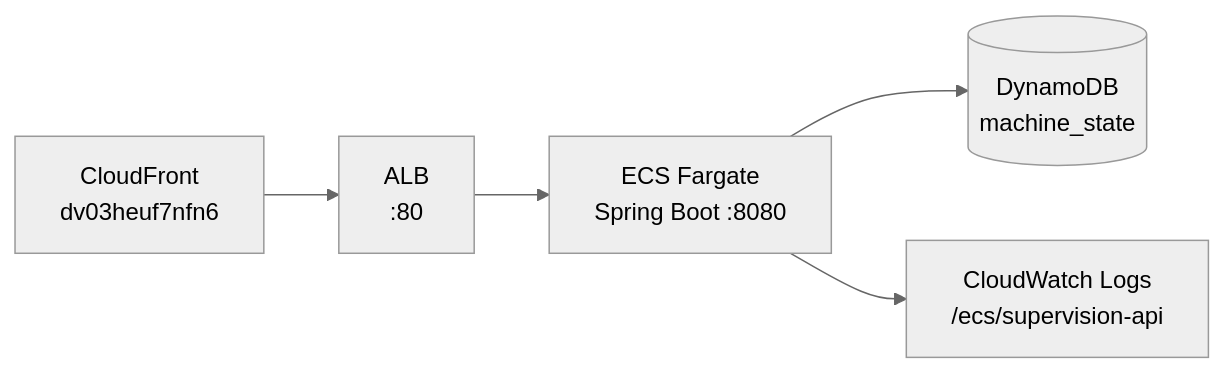
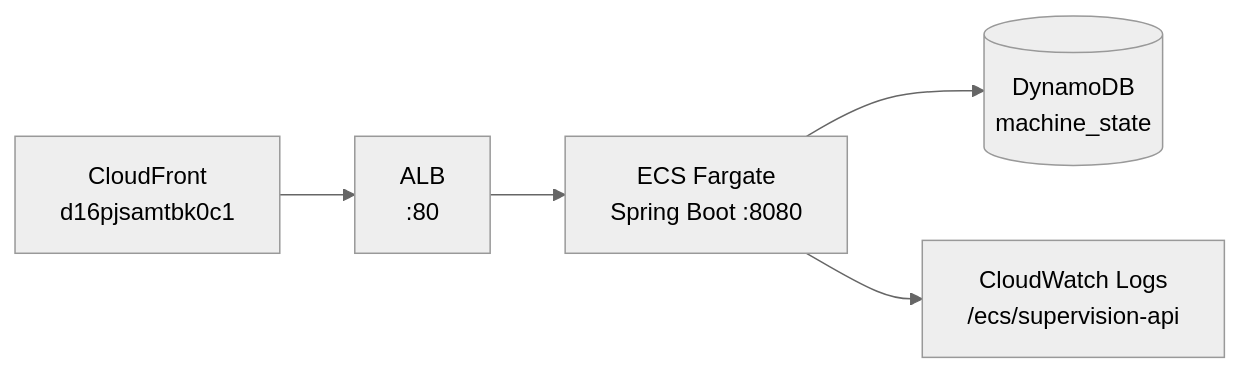
Before and after one commit to lansanconde/smart-assembly-line: the diagram in docs/INFRA/SAAL-INFRA-001-ecs-supervision-api.md, drawn with Mermaid (neutral theme). The commit also changed 7 other files, not shown here.

Commit message:
fix: update CloudFront API URL to d16pjsamtbk0c1

````diff
--- a/docs/INFRA/SAAL-INFRA-001-ecs-supervision-api.md
+++ b/docs/INFRA/SAAL-INFRA-001-ecs-supervision-api.md
@@ -9,6 +9,6 @@
 ```mermaid
 flowchart LR
-    CF[CloudFront\ndv03heuf7nfn6] --> ALB[ALB\n:80] --> ECS[ECS Fargate\nSpring Boot :8080]
+    CF[CloudFront\nd16pjsamtbk0c1] --> ALB[ALB\n:80] --> ECS[ECS Fargate\nSpring Boot :8080]
     ECS --> DDB[(DynamoDB\nmachine_state)]
     ECS --> CW[CloudWatch Logs\n/ecs/supervision-api]
 ```
````
